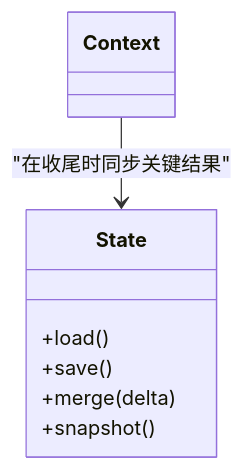
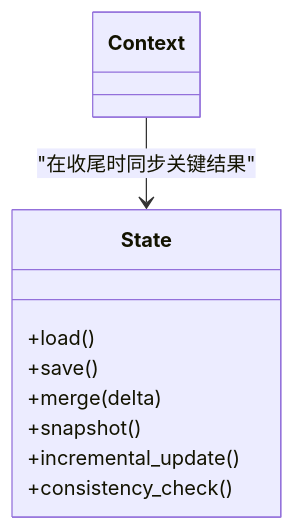
Before and after one commit to PengFan001/Jirin: the seventh of 8 diagrams in .qoder/repowiki/zh/content/核心架构设计/上下文处理机制.md, drawn with Mermaid. The commit also changed other lines of this file and 20 other files, not shown here.

````diff
--- a/.qoder/repowiki/zh/content/核心架构设计/上下文处理机制.md
+++ b/.qoder/repowiki/zh/content/核心架构设计/上下文处理机制.md
@@ -293,11 +317,13 @@
 ```mermaid
 classDiagram
 class State {
 +load()
 +save()
 +merge(delta)
 +snapshot()
++incremental_update()
++consistency_check()
 }
 class Context
 Context --> State : "在收尾时同步关键结果"
 ```
````
